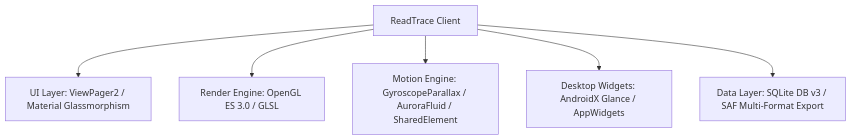
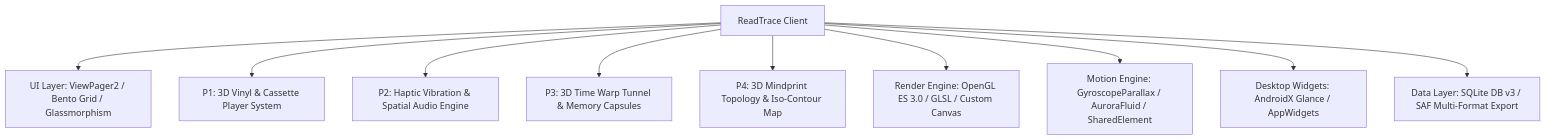
One commit to liuGuanYi-hub/ReadTrace changed the diagram in README.md. Above: the diagram before and after it, drawn with Mermaid. The commit also changed other lines of this file and 3 other files, not shown here.

Commit message:
文档：补充P1~P4先锋创新模块运行实测截图与全面更新README画卷

````diff
--- a/README.md
+++ b/README.md
@@ -78,8 +86,12 @@
 ```mermaid
 graph TD
-    A[ReadTrace Client] --> B[UI Layer: ViewPager2 / Material Glassmorphism]
-    A --> C[Render Engine: OpenGL ES 3.0 / GLSL]
-    A --> D[Motion Engine: GyroscopeParallax / AuroraFluid / SharedElement]
-    A --> E[Desktop Widgets: AndroidX Glance / AppWidgets]
-    A --> F[Data Layer: SQLite DB v3 / SAF Multi-Format Export]
+    A[ReadTrace Client] --> B[UI Layer: ViewPager2 / Bento Grid / Glassmorphism]
+    A --> C[P1: 3D Vinyl & Cassette Player System]
+    A --> D[P2: Haptic Vibration & Spatial Audio Engine]
+    A --> E[P3: 3D Time Warp Tunnel & Memory Capsules]
+    A --> F[P4: 3D Mindprint Topology & Iso-Contour Map]
+    A --> G[Render Engine: OpenGL ES 3.0 / GLSL / Custom Canvas]
+    A --> H[Motion Engine: GyroscopeParallax / AuroraFluid / SharedElement]
+    A --> I[Desktop Widgets: AndroidX Glance / AppWidgets]
+    A --> J[Data Layer: SQLite DB v3 / SAF Multi-Format Export]
 ```
````
